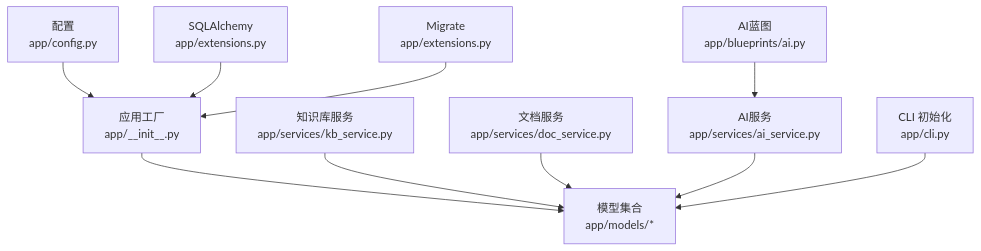
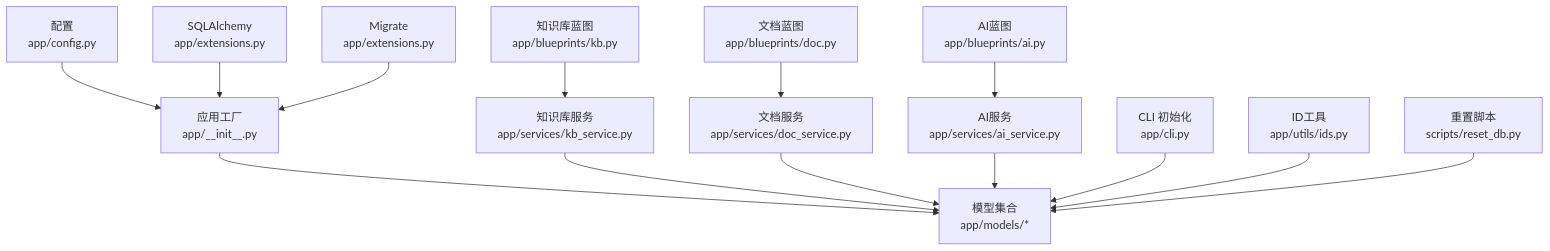
The second of 8 diagrams in .qoder/repowiki/zh/content/架构设计/数据持久化架构/数据持久化架构.md (beyondalbert/my_wiki), drawn with Mermaid before and after one commit. The commit also changed other lines of this file and 21 other files, not shown here.

````diff
--- a/.qoder/repowiki/zh/content/架构设计/数据持久化架构/数据持久化架构.md
+++ b/.qoder/repowiki/zh/content/架构设计/数据持久化架构/数据持久化架构.md
@@ -120,22 +144,30 @@
 ```mermaid
 graph TB
 APP["应用工厂<br/>app/__init__.py"]
 EXT_DB["SQLAlchemy<br/>app/extensions.py"]
 EXT_MIG["Migrate<br/>app/extensions.py"]
 CFG["配置<br/>app/config.py"]
 MODELS["模型集合<br/>app/models/*"]
 SVC_KB["知识库服务<br/>app/services/kb_service.py"]
 SVC_DOC["文档服务<br/>app/services/doc_service.py"]
 SVC_AI["AI服务<br/>app/services/ai_service.py"]
+UTILS["ID工具<br/>app/utils/ids.py"]
+RESET_SCRIPT["重置脚本<br/>scripts/reset_db.py"]
 AI_BP["AI蓝图<br/>app/blueprints/ai.py"]
+KB_BP["知识库蓝图<br/>app/blueprints/kb.py"]
+DOC_BP["文档蓝图<br/>app/blueprints/doc.py"]
 CLI["CLI 初始化<br/>app/cli.py"]
 CFG --> APP
 EXT_DB --> APP
 EXT_MIG --> APP
 APP --> MODELS
 SVC_KB --> MODELS
 SVC_DOC --> MODELS
 SVC_AI --> MODELS
 AI_BP --> SVC_AI
+KB_BP --> SVC_KB
+DOC_BP --> SVC_DOC
 CLI --> MODELS
+UTILS --> MODELS
+RESET_SCRIPT --> MODELS
 ```
````
